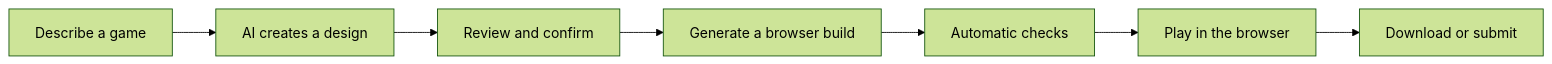
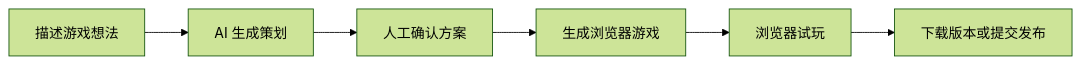
One commit to ByteTitan-star/GameForge-Copilot changed the diagram in README.md. Above: the diagram before and after it, drawn with Mermaid (forest theme). The commit also changed other lines of this file and 15 other files, not shown here.

````diff
--- a/README.md
+++ b/README.md
@@ -46,9 +27,8 @@
 ```mermaid
 flowchart LR
-    A[Describe a game] --> B[AI creates a design]
-    B --> C[Review and confirm]
-    C --> D[Generate a browser build]
-    D --> E[Automatic checks]
-    E --> F[Play in the browser]
-    F --> G[Download or submit]
+    A[描述游戏想法] --> B[AI 生成策划]
+    B --> C[人工确认方案]
+    C --> D[生成浏览器游戏]
+    D --> E[浏览器试玩]
+    E --> F[下载版本或提交发布]
 ```
````
